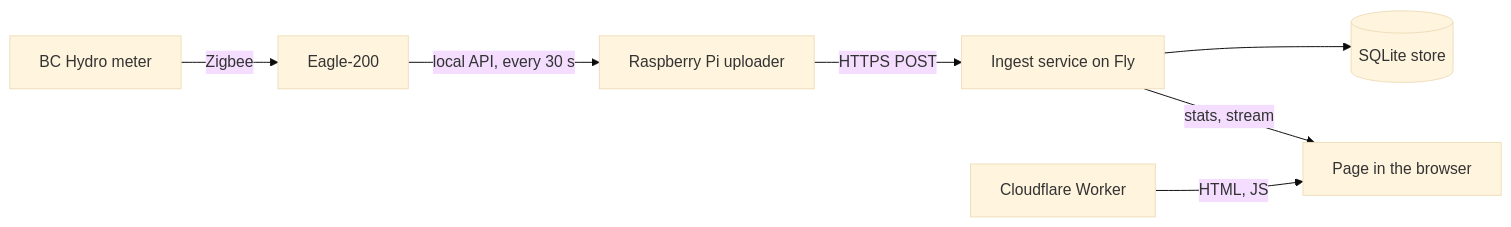
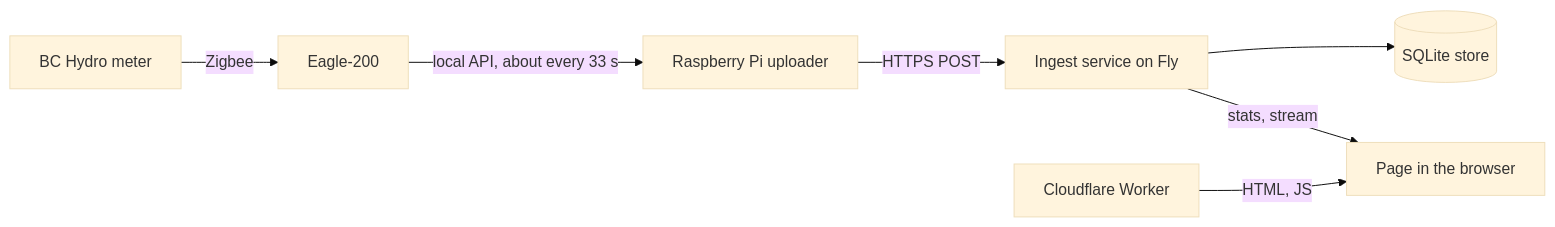
Before and after one commit to murr2k/linknode-com: the first of 6 diagrams in docs/ALERTING.md, drawn with Mermaid (base theme). The commit also changed other lines of this file and 12 other files, not shown here.

````diff
--- a/docs/ALERTING.md
+++ b/docs/ALERTING.md
@@ -13,9 +25,9 @@
 ```mermaid
 graph LR
     METER["BC Hydro meter"] -->|Zigbee| EAGLE["Eagle-200"]
-    EAGLE -->|"local API, every 30 s"| PI["Raspberry Pi uploader"]
+    EAGLE -->|"local API, about every 33 s"| PI["Raspberry Pi uploader"]
     PI -->|"HTTPS POST"| INGEST["Ingest service on Fly"]
     INGEST --> DB[("SQLite store")]
     INGEST -->|"stats, stream"| PAGE["Page in the browser"]
     SITE["Cloudflare Worker"] -->|"HTML, JS"| PAGE
 ```
````
